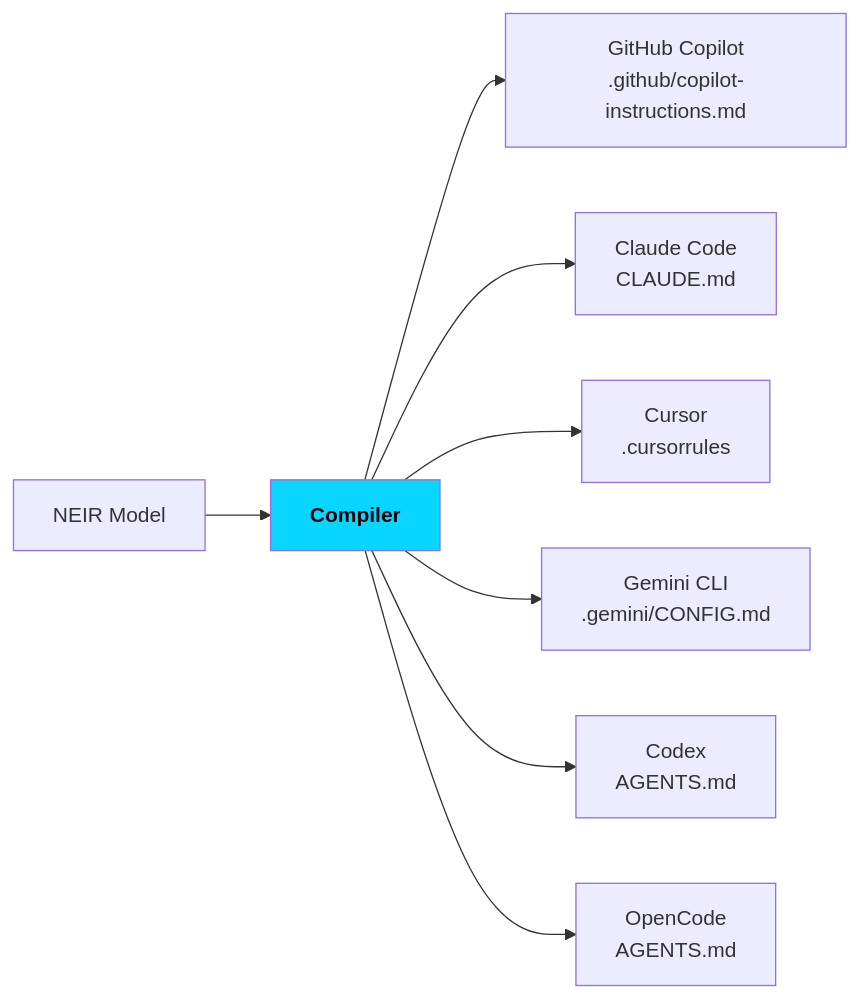
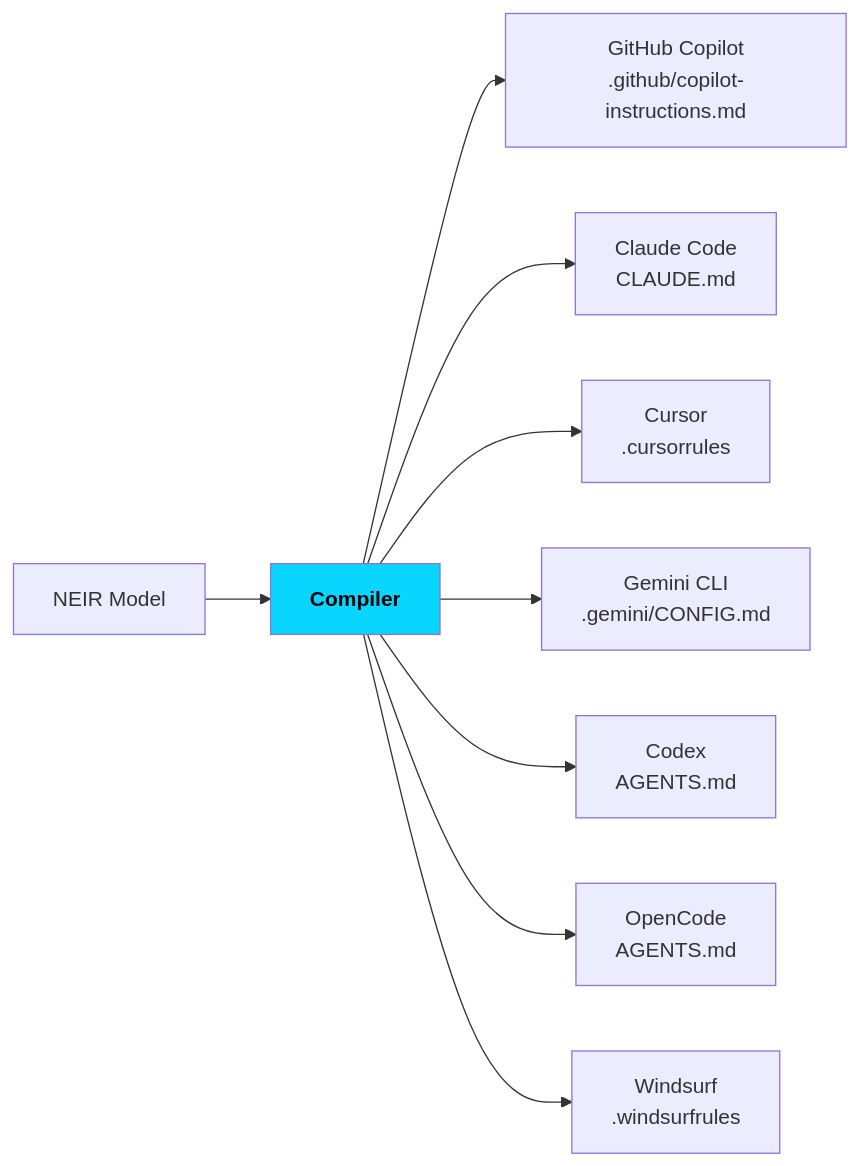
Before and after one commit to NAEOS-foundation/naeos: the seventh of 7 diagrams in site/content/id/whitepaper.md, drawn with Mermaid. The commit also changed other lines of this file and 115 other files, not shown here.

````diff
--- a/site/content/id/whitepaper.md
+++ b/site/content/id/whitepaper.md
@@ -335,11 +335,12 @@
 ```mermaid
 graph LR
     NEIR[NEIR Model] --> C[Compiler]
     C --> COP[GitHub Copilot<br/>.github/copilot-instructions.md]
     C --> CLAUDE[Claude Code<br/>CLAUDE.md]
     C --> CURSOR[Cursor<br/>.cursorrules]
     C --> GEM[Gemini CLI<br/>.gemini/CONFIG.md]
     C --> CODEX[Codex<br/>AGENTS.md]
     C --> OPEN[OpenCode<br/>AGENTS.md]
+    C --> WIND[Windsurf<br/>.windsurfrules]
     style C fill:#08d6ff,color:#05050a,font-weight:bold
 ```
````
